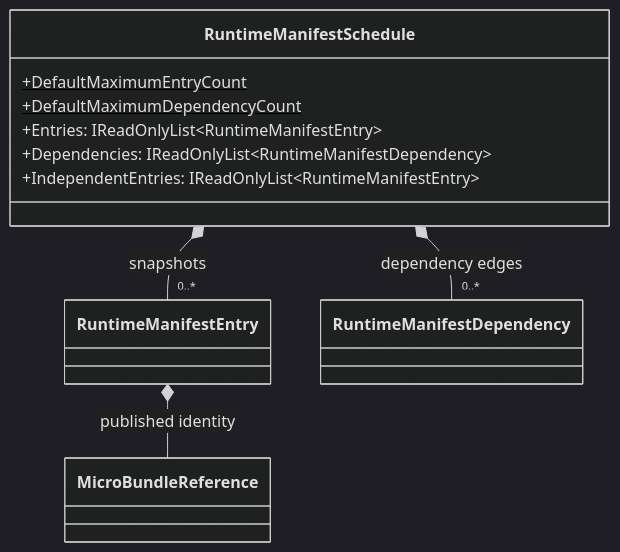
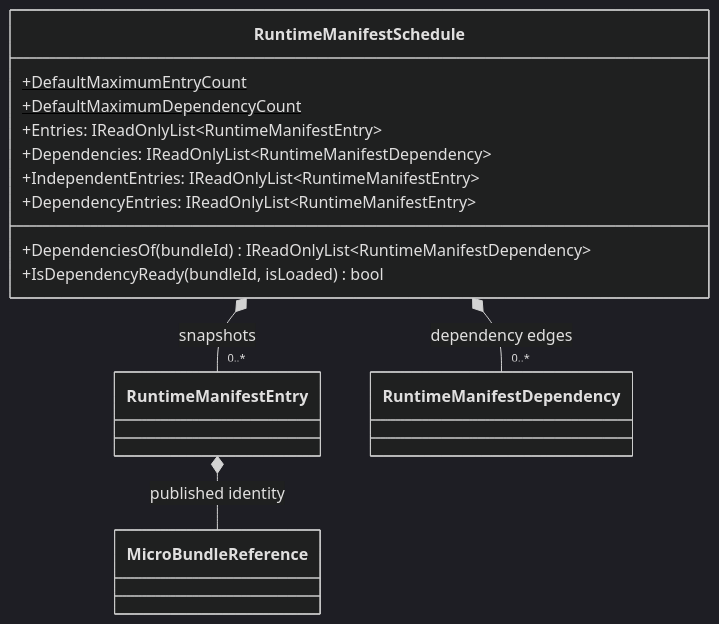
One commit to TrentBest/TheSingularityWorkshop.FSM_COS changed the diagram in docs/UML/src/FSM_COS/RuntimeManifestSchedule.md. Above: the diagram before and after it, drawn with Mermaid (dark theme). The commit also changed other lines of this file, not shown here.

Commit message:
docs: align schedule UML with current API

```diff
--- a/docs/UML/src/FSM_COS/RuntimeManifestSchedule.md
+++ b/docs/UML/src/FSM_COS/RuntimeManifestSchedule.md
@@ -16,16 +16,19 @@
 ~~~mermaid
 classDiagram
     class RuntimeManifestSchedule {
         +DefaultMaximumEntryCount$
         +DefaultMaximumDependencyCount$
         +Entries: IReadOnlyList~RuntimeManifestEntry~
         +Dependencies: IReadOnlyList~RuntimeManifestDependency~
         +IndependentEntries: IReadOnlyList~RuntimeManifestEntry~
+        +DependencyEntries: IReadOnlyList~RuntimeManifestEntry~
+        +DependenciesOf(bundleId) IReadOnlyList~RuntimeManifestDependency~
+        +IsDependencyReady(bundleId, isLoaded) bool
     }
     class RuntimeManifestEntry
     class RuntimeManifestDependency
     class MicroBundleReference
     RuntimeManifestSchedule *-- "0..*" RuntimeManifestEntry : snapshots
     RuntimeManifestSchedule *-- "0..*" RuntimeManifestDependency : dependency edges
     RuntimeManifestEntry *-- MicroBundleReference : published identity
 ~~~
```
